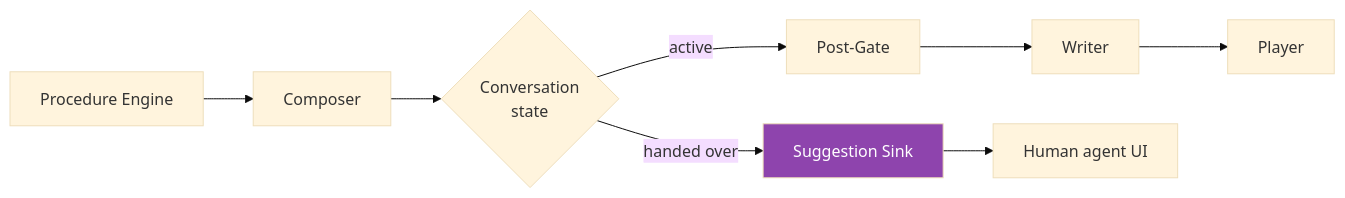
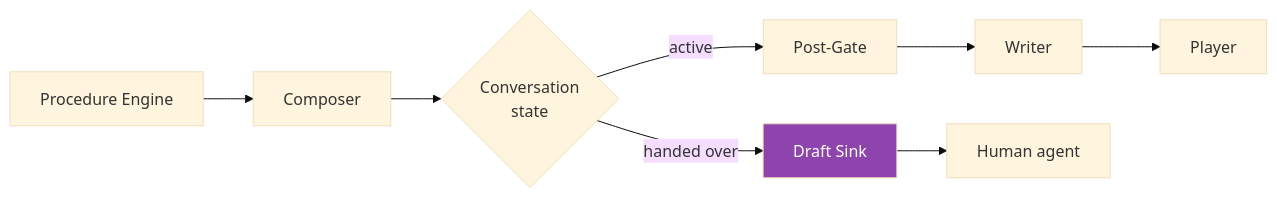
The ninth of 12 diagrams in Design.md (sdannuri/iGamingAgent), drawn with Mermaid (base theme) before and after one commit. The commit also changed other lines of this file and 2 other files, not shown here.

````diff
--- a/Design.md
+++ b/Design.md
@@ -1198,7 +1369,7 @@
 ```mermaid
 graph LR
     ENG["Procedure Engine"] --> COMP["Composer"] --> SW{"Conversation<br/>state"}
     SW -->|active| POST["Post-Gate"] --> WR["Writer"] --> P["Player"]
-    SW -->|handed over| SUG["Suggestion Sink"] --> H["Human agent UI"]
+    SW -->|handed over| SUG["Draft Sink"] --> H["Human agent"]
     style SUG fill:#8e44ad,color:#fff
 ```
````
